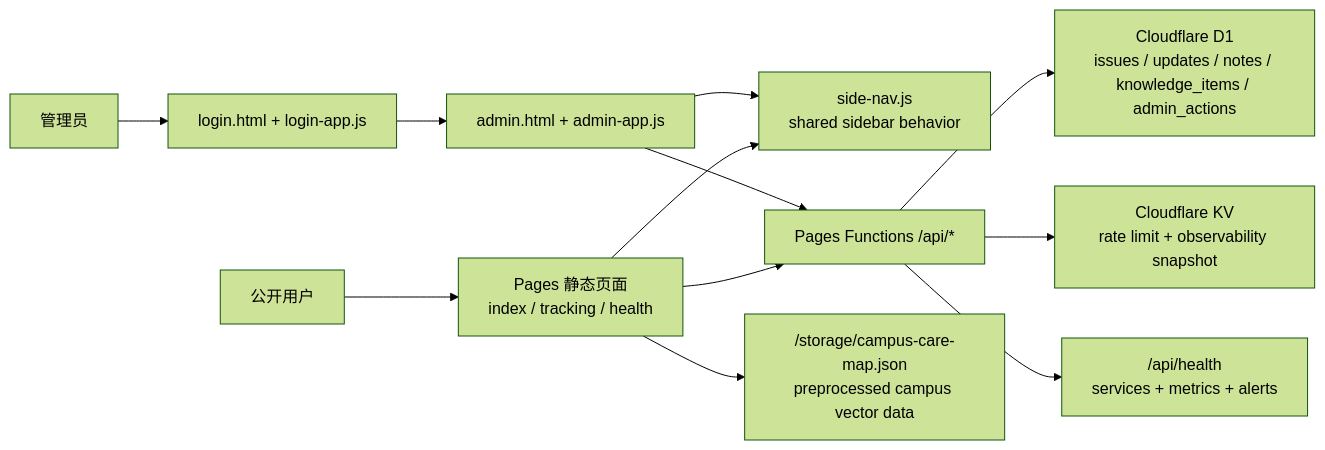
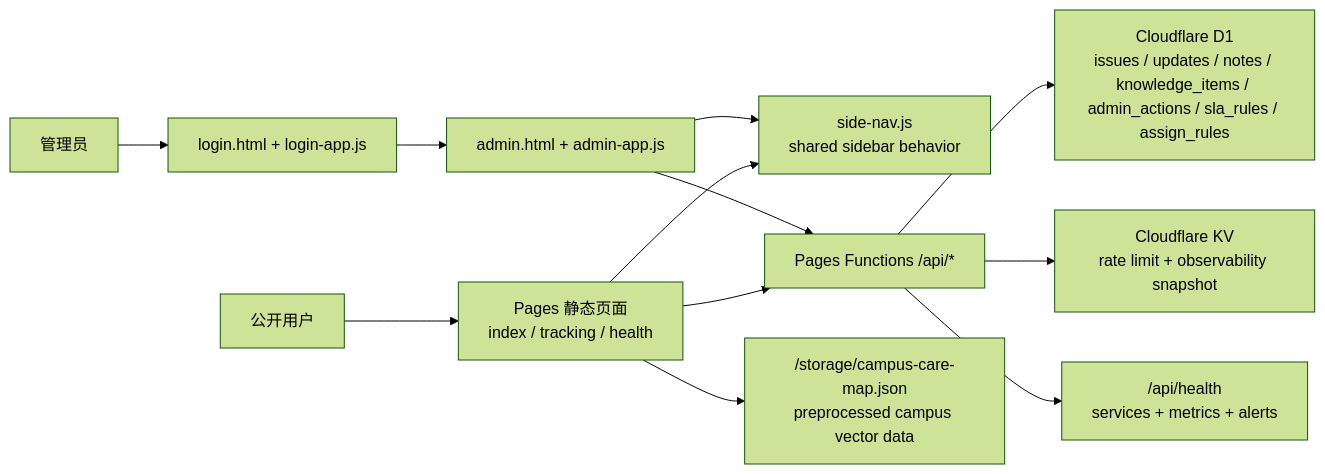
One commit to Calvin-Xia/web_message changed the diagram in README.md. Above: the diagram before and after it, drawn with Mermaid (forest theme). The commit also changed other lines of this file and 31 other files, not shown here.

````diff
--- a/README.md
+++ b/README.md
@@ -31,14 +36,14 @@
 ```mermaid
 flowchart LR
     User["公开用户"] --> Static["Pages 静态页面\nindex / tracking / health"]
     Admin["管理员"] --> LoginUI["login.html + login-app.js"]
     LoginUI --> AdminUI["admin.html + admin-app.js"]
     Static --> SideNav["side-nav.js\nshared sidebar behavior"]
     AdminUI --> SideNav
     Static --> API["Pages Functions /api/*"]
     Static --> MapAsset["/storage/campus-care-map.json\npreprocessed campus vector data"]
     AdminUI --> API
-    API --> D1["Cloudflare D1\nissues / updates / notes / knowledge_items / admin_actions"]
+    API --> D1["Cloudflare D1\nissues / updates / notes / knowledge_items / admin_actions / sla_rules / assign_rules"]
     API --> KV["Cloudflare KV\nrate limit + observability snapshot"]
     API --> Health["/api/health\nservices + metrics + alerts"]
 ```
````
